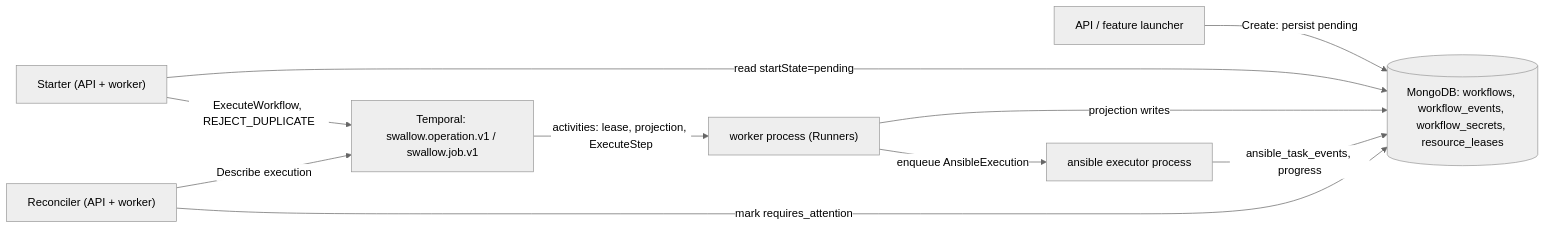
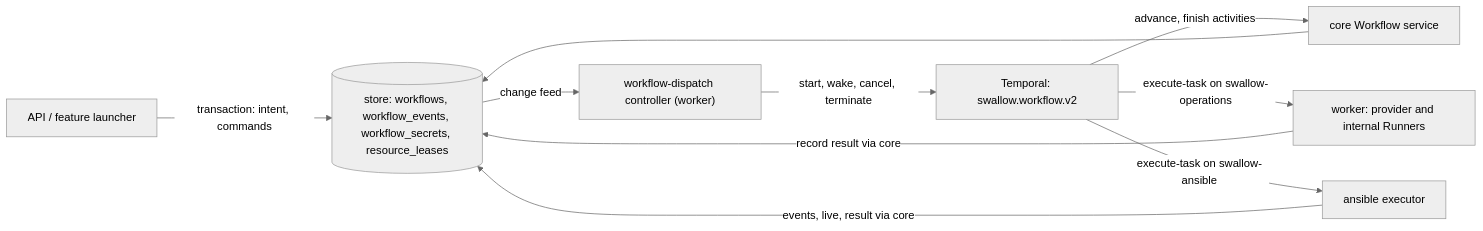
Before and after one commit to maple52046/swallow: the diagram in docs/development/workflow-execution.md, drawn with Mermaid (neutral theme). The commit also changed other lines of this file and 25 other files, not shown here.

First line of the commit message:
docs!: decide store-driven Workflow execution (ADR 072)

````diff
--- a/docs/development/workflow-execution.md
+++ b/docs/development/workflow-execution.md
@@ -61,12 +64,12 @@
 ```mermaid
 flowchart LR
-    launcher["API / feature launcher"] -->|"Create: persist pending"| mongo[("MongoDB: workflows, workflow_events, workflow_secrets, resource_leases")]
-    starter["Starter (API + worker)"] -->|"read startState=pending"| mongo
-    starter -->|"ExecuteWorkflow, REJECT_DUPLICATE"| temporal["Temporal: swallow.operation.v1 / swallow.job.v1"]
-    temporal -->|"activities: lease, projection, ExecuteStep"| worker["worker process (Runners)"]
-    worker -->|"projection writes"| mongo
-    worker -->|"enqueue AnsibleExecution"| executor["ansible executor process"]
-    executor -->|"ansible_task_events, progress"| mongo
-    reconciler["Reconciler (API + worker)"] -->|"Describe execution"| temporal
-    reconciler -->|"mark requires_attention"| mongo
+    launcher["API / feature launcher"] -->|"transaction: intent, commands"| store[("store: workflows, workflow_events, workflow_secrets, resource_leases")]
+    store -->|change feed| dispatch["workflow-dispatch controller (worker)"]
+    dispatch -->|"start, wake, cancel, terminate"| driver["Temporal: swallow.workflow.v2"]
+    driver -->|"advance, finish activities"| core["core Workflow service"]
+    driver -->|"execute-task on swallow-operations"| worker["worker: provider and internal Runners"]
+    driver -->|"execute-task on swallow-ansible"| executor["ansible executor"]
+    core --> store
+    worker -->|"record result via core"| store
+    executor -->|"events, live, result via core"| store
 ```
````
